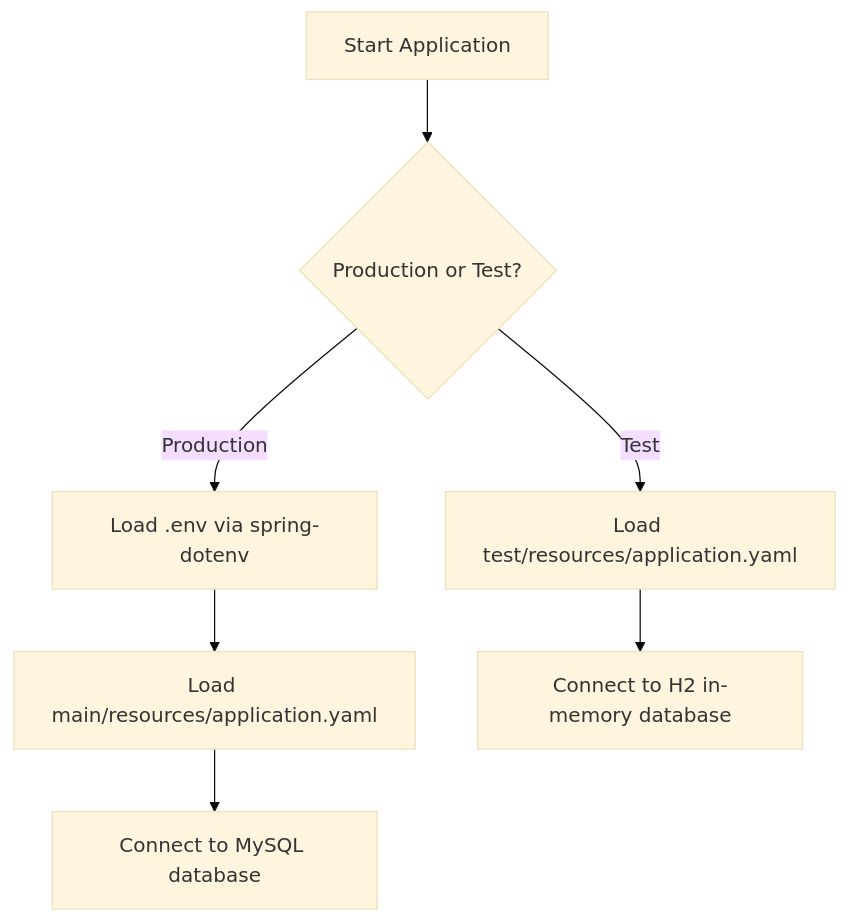
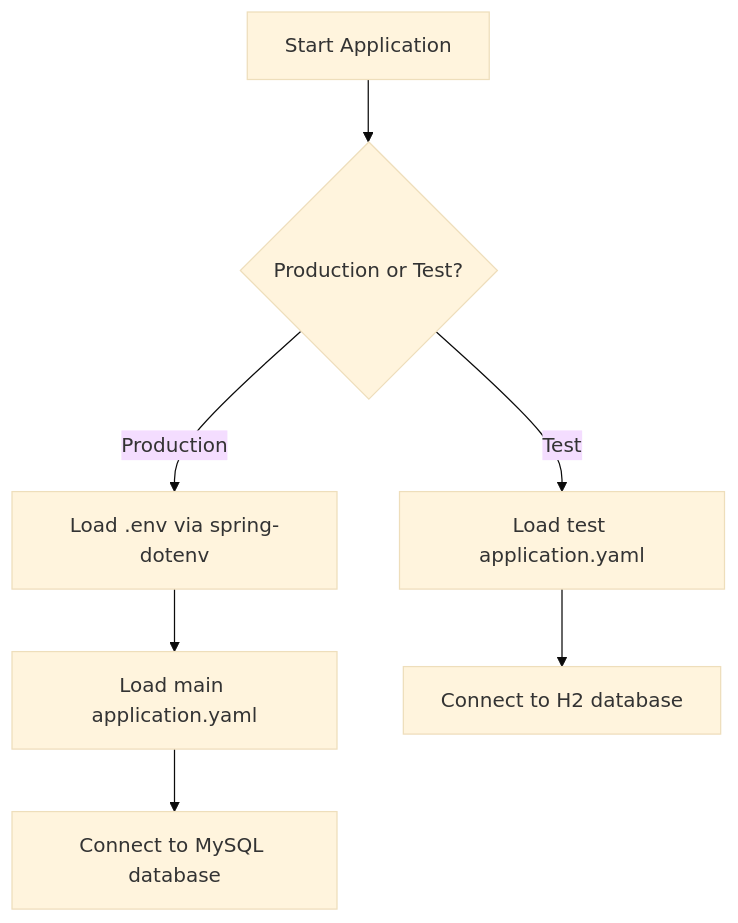
Before and after one commit to sanjayrisbud/starzz-boot: the fifth of 11 diagrams in README.md, drawn with Mermaid (base theme). The commit also changed other lines of this file, not shown here.

````diff
--- a/README.md
+++ b/README.md
@@ -1102,9 +1102,9 @@
 ```mermaid
   flowchart     
       A[Start Application] --> B{Production or Test?}
-      B -- Test --> C[Load test/resources/application.yaml]
+      B -- Test --> C[Load test application.yaml]
       B -- Production --> D[Load .env via spring-dotenv]
-      D --> E[Load main/resources/application.yaml]
-      C --> F[Connect to H2 in-memory database]
+      D --> E[Load main application.yaml]
+      C --> F[Connect to H2 database]
       E --> G[Connect to MySQL database]
 ```
````
